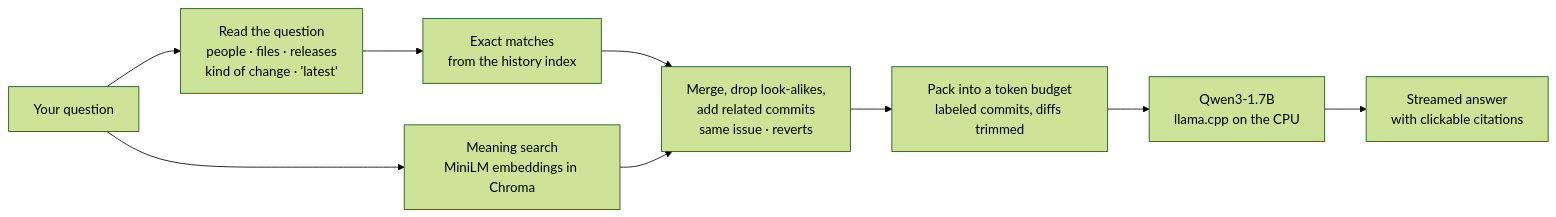
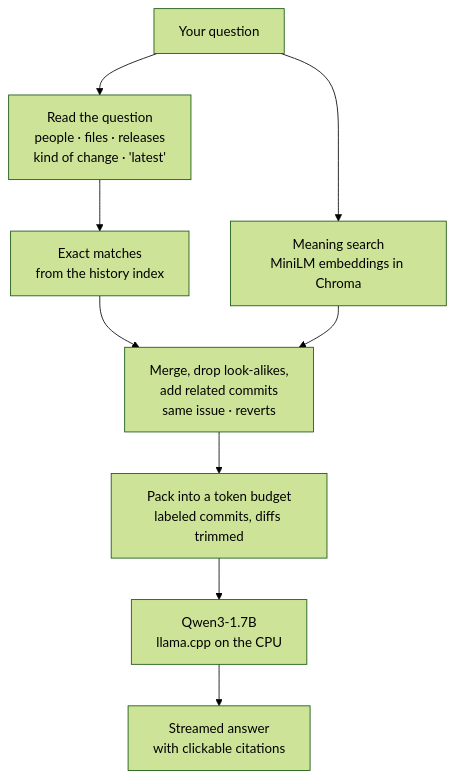
The diagram in README.md (MetehanDemirel/GitLore), drawn with Mermaid (forest theme) before and after one commit. The commit also changed 1 other file, not shown here.

Commit message:
CI: portable Linux llama.cpp build (cached native builds crashed on older runners); vertical README diagram

````diff
--- a/README.md
+++ b/README.md
@@ -61,11 +61,11 @@
 ```mermaid
-flowchart LR
+flowchart TD
   Q[Your question] --> U[Read the question<br/>people · files · releases<br/>kind of change · 'latest']
   U --> F[Exact matches<br/>from the history index]
   Q --> S[Meaning search<br/>MiniLM embeddings in Chroma]
   F --> M[Merge, drop look-alikes,<br/>add related commits<br/>same issue · reverts]
   S --> M
   M --> P[Pack into a token budget<br/>labeled commits, diffs trimmed]
   P --> L[Qwen3-1.7B<br/>llama.cpp on the CPU]
   L --> A[Streamed answer<br/>with clickable citations]
 ```
````
